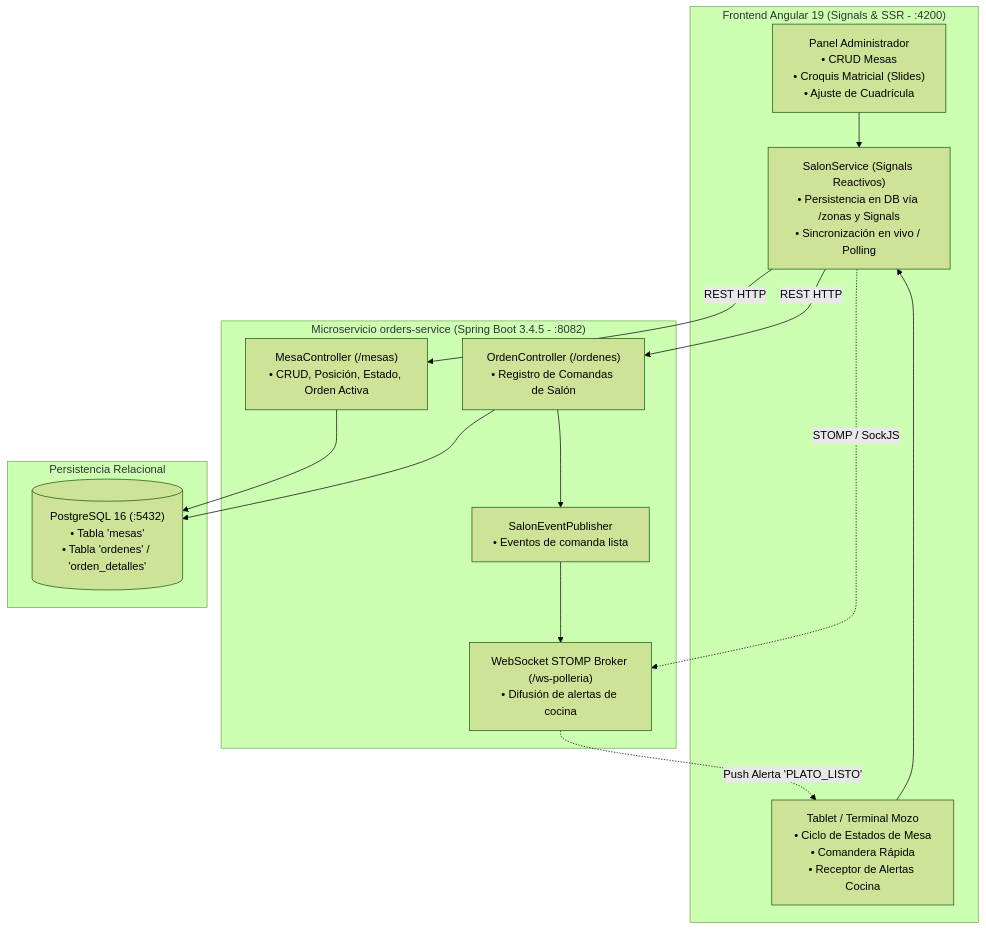
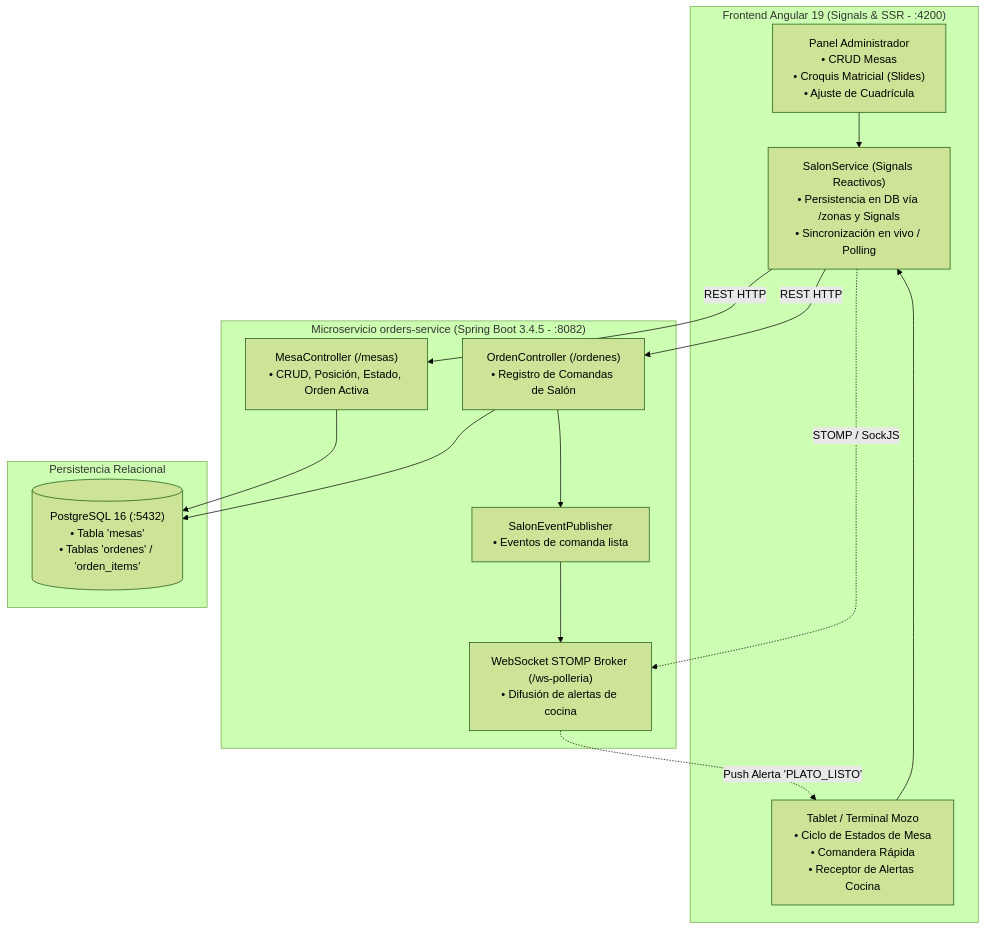
Before and after one commit to JuniorAlonso/Sistema-Polleria: the first of 2 diagrams in _docs/fases/fase_2_salon_mesas/README.md, drawn with Mermaid (forest theme). The commit also changed other lines of this file and 39 other files, not shown here.

````diff
--- a/_docs/fases/fase_2_salon_mesas/README.md
+++ b/_docs/fases/fase_2_salon_mesas/README.md
@@ -14,30 +14,30 @@
 ```mermaid
 graph TD
     subgraph Frontend ["Frontend Angular 19 (Signals & SSR - :4200)"]
         AdminUI["Panel Administrador\n• CRUD Mesas\n• Croquis Matricial (Slides)\n• Ajuste de Cuadrícula"]
         MozoUI["Tablet / Terminal Mozo\n• Ciclo de Estados de Mesa\n• Comandera Rápida\n• Receptor de Alertas Cocina"]
         SalonSvc["SalonService (Signals Reactivos)\n• Persistencia en DB vía /zonas y Signals\n• Sincronización en vivo / Polling"]
     end
 
     subgraph Backend ["Microservicio orders-service (Spring Boot 3.4.5 - :8082)"]
         MesaCtrl["MesaController (/mesas)\n• CRUD, Posición, Estado, Orden Activa"]
         OrdenCtrl["OrdenController (/ordenes)\n• Registro de Comandas de Salón"]
         WSServer["WebSocket STOMP Broker (/ws-polleria)\n• Difusión de alertas de cocina"]
         EventPub["SalonEventPublisher\n• Eventos de comanda lista"]
     end
 
     subgraph DB ["Persistencia Relacional"]
-        Postgres[("PostgreSQL 16 (:5432)\n• Tabla 'mesas'\n• Tabla 'ordenes' / 'orden_detalles'")]
+        Postgres[("PostgreSQL 16 (:5432)\n• Tabla 'mesas'\n• Tablas 'ordenes' / 'orden_items'")]
     end
 
     AdminUI --> SalonSvc
     MozoUI --> SalonSvc
     SalonSvc -->|REST HTTP| MesaCtrl
     SalonSvc -->|REST HTTP| OrdenCtrl
     SalonSvc -.->|STOMP / SockJS| WSServer
     MesaCtrl --> Postgres
     OrdenCtrl --> Postgres
     OrdenCtrl --> EventPub
     EventPub --> WSServer
     WSServer -.->|Push Alerta 'PLATO_LISTO'| MozoUI
 ```
````
